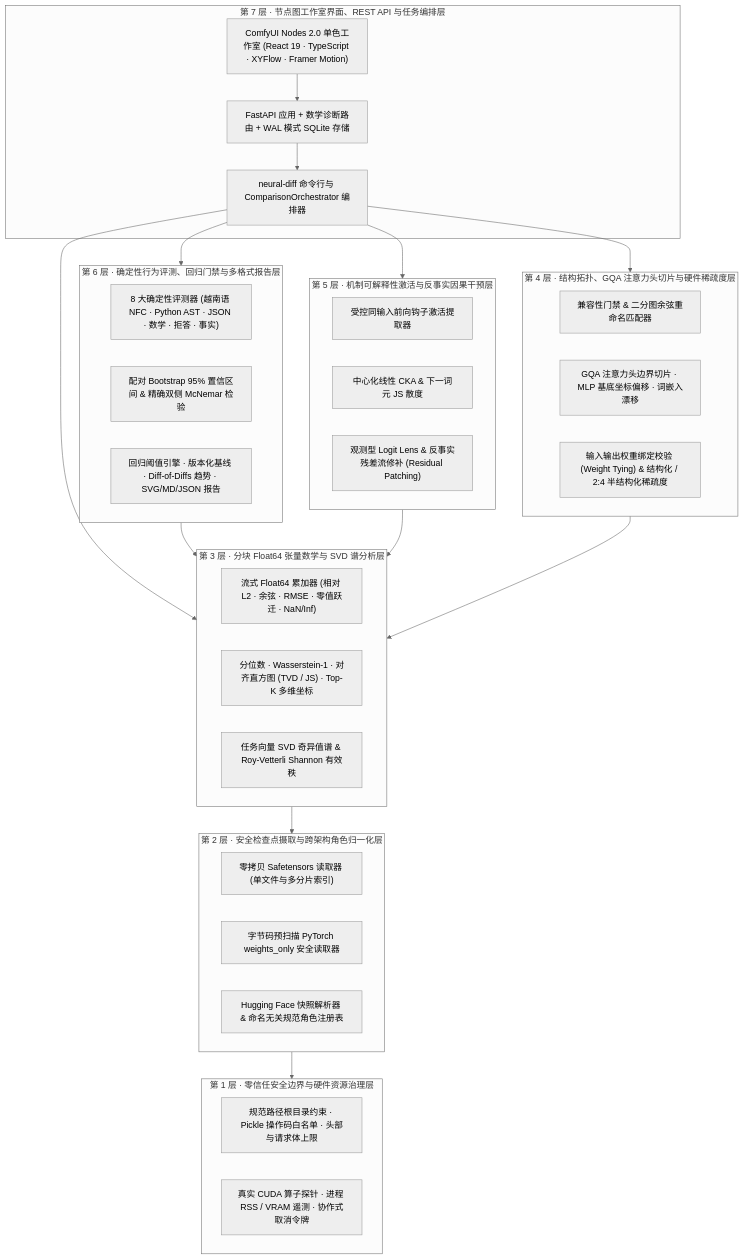
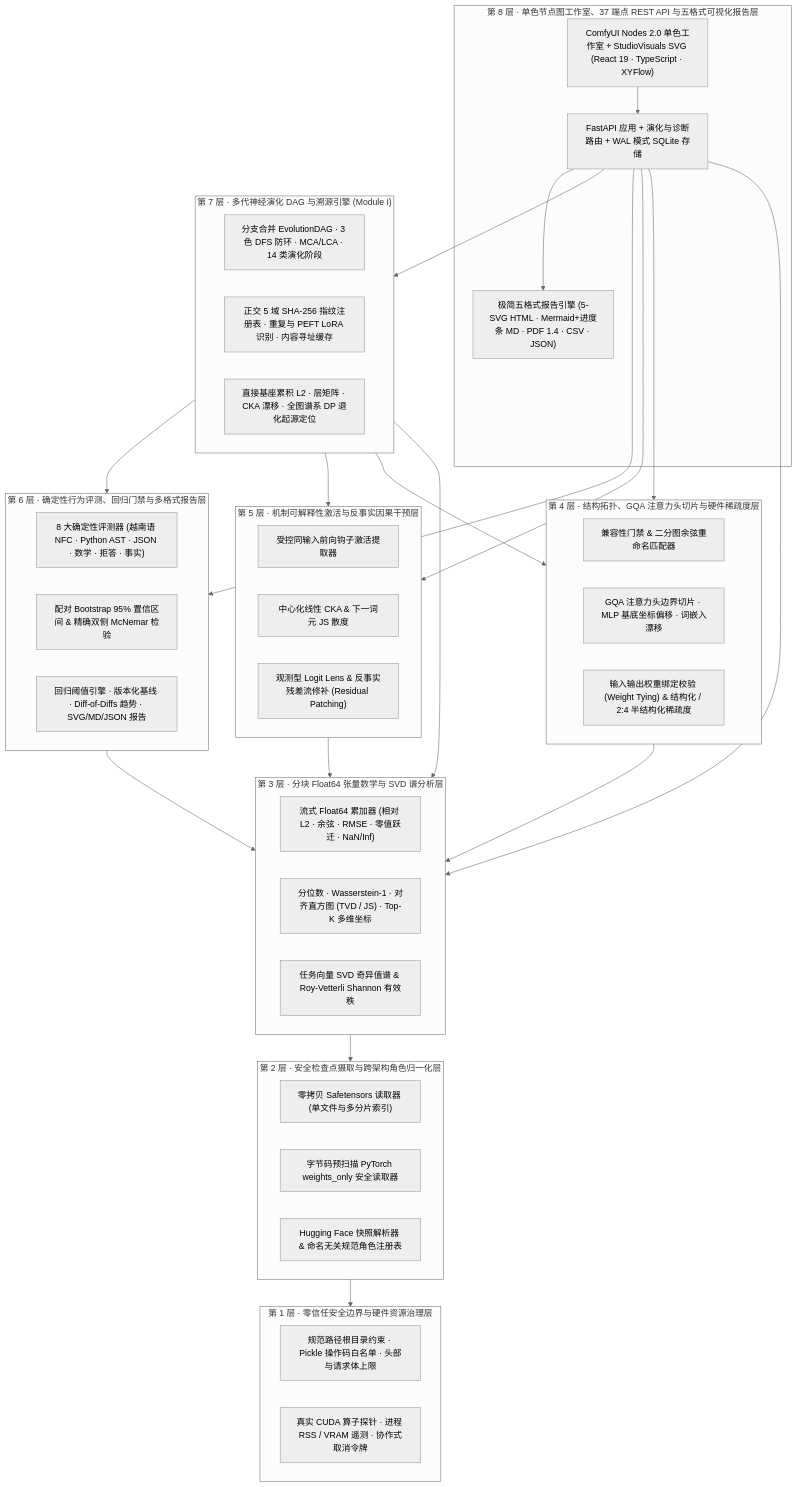
The first of 2 diagrams in docs/i18n/README.zh-CN.md (williamcachamwri/neural-diff), drawn with Mermaid (neutral theme) before and after one commit. The commit also changed other lines of this file and 71 other files, not shown here.

````diff
--- a/docs/i18n/README.zh-CN.md
+++ b/docs/i18n/README.zh-CN.md
@@ -68,47 +69,54 @@
 ```mermaid
 flowchart TB
-    subgraph L7["第 7 层 · 节点图工作室界面、REST API 与任务编排层"]
-        UI["ComfyUI Nodes 2.0 单色工作室 (React 19 · TypeScript · XYFlow · Framer Motion)"]
-        API["FastAPI 应用 + 数学诊断路由 + WAL 模式 SQLite 存储"]
-        CLI["neural-diff 命令行与 ComparisonOrchestrator 编排器"]
+    subgraph L8["第 8 层 · 单色节点图工作室、37 端点 REST API 与五格式可视化报告层"]
+        UI["ComfyUI Nodes 2.0 单色工作室 + StudioVisuals SVG (React 19 · TypeScript · XYFlow)"]
+        API["FastAPI 应用 + 演化与诊断路由 + WAL 模式 SQLite 存储"]
+        CLI["极简五格式报告引擎 (5-SVG HTML · Mermaid+进度条 MD · PDF 1.4 · CSV · JSON)"]
+    end
+
+    subgraph L7["第 7 层 · 多代神经演化 DAG 与溯源引擎 (Module I)"]
+        DAG["分支合并 EvolutionDAG · 3 色 DFS 防环 · MCA/LCA · 14 类演化阶段"]
+        REG_CKPT["正交 5 域 SHA-256 指纹注册表 · 重复与 PEFT LoRA 识别 · 内容寻址缓存"]
+        EVO_ENG["直接基座累积 L2 · 层矩阵 · CKA 漂移 · 全图谱系 DP 退化起源定位"]
     end
 
     subgraph L6["第 6 层 · 确定性行为评测、回归门禁与多格式报告层"]
         BEH["8 大确定性评测器 (越南语 NFC · Python AST · JSON · 数学 · 拒答 · 事实)"]
         STATS_B["配对 Bootstrap 95% 置信区间 & 精确双侧 McNemar 检验"]
         REG["回归阈值引擎 · 版本化基线 · Diff-of-Diffs 趋势 · SVG/MD/JSON 报告"]
     end
 
     subgraph L5["第 5 层 · 机制可解释性激活与反事实因果干预层"]
         HOOK["受控同输入前向钩子激活提取器"]
         CKA["中心化线性 CKA & 下一词元 JS 散度"]
         LENS["观测型 Logit Lens & 反事实残差流修补 (Residual Patching)"]
     end
 
     subgraph L4["第 4 层 · 结构拓扑、GQA 注意力头切片与硬件稀疏度层"]
         COMPAT["兼容性门禁 & 二分图余弦重命名匹配器"]
         GQA["GQA 注意力头边界切片 · MLP 基底坐标偏移 · 词嵌入漂移"]
         SPARSE["输入输出权重绑定校验 (Weight Tying) & 结构化 / 2:4 半结构化稀疏度"]
     end
 
     subgraph L3["第 3 层 · 分块 Float64 张量数学与 SVD 谱分析层"]
         CHUNK["流式 Float64 累加器 (相对 L2 · 余弦 · RMSE · 零值跃迁 · NaN/Inf)"]
         DIST["分位数 · Wasserstein-1 · 对齐直方图 (TVD / JS) · Top-K 多维坐标"]
         SVD["任务向量 SVD 奇异值谱 & Roy-Vetterli Shannon 有效秩"]
     end
 
     subgraph L2["第 2 层 · 安全检查点摄取与跨架构角色归一化层"]
         SAFE["零拷贝 Safetensors 读取器 (单文件与多分片索引)"]
         PTSAFE["字节码预扫描 PyTorch weights_only 安全读取器"]
         HFHUB["Hugging Face 快照解析器 & 命名无关规范角色注册表"]
     end
 
     subgraph L1["第 1 层 · 零信任安全边界与硬件资源治理层"]
         SEC["规范路径根目录约束 · Pickle 操作码白名单 · 头部与请求体上限"]
         RES["真实 CUDA 算子探针 · 进程 RSS / VRAM 遥测 · 协作式取消令牌"]
     end
 
     UI --> API --> CLI
-    CLI --> L6 & L5 & L4 & L3
+    API --> L7 & L6 & L5 & L4 & L3
+    L7 --> L6 & L5 & L4 & L3
     L6 & L5 & L4 --> L3 --> L2 --> L1
 ```
````
